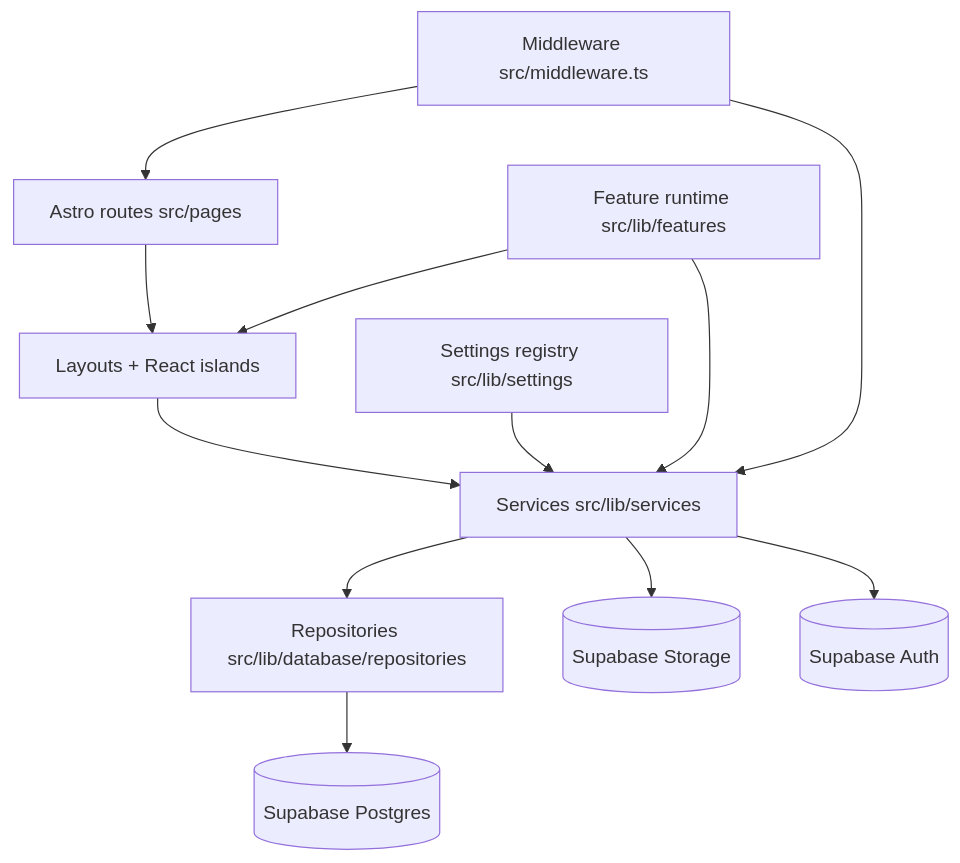
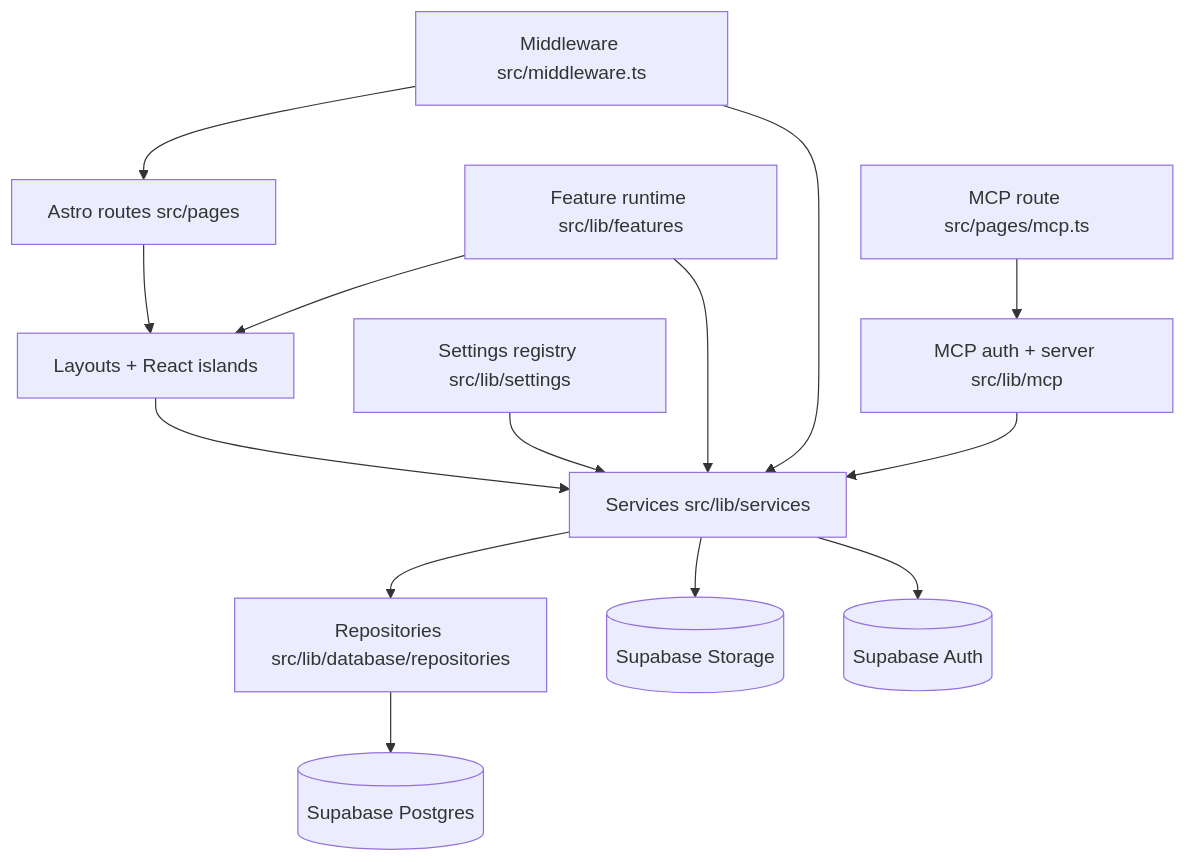
The diagram in docs/architecture/system-map.md (burconsult/adastro), drawn with Mermaid before and after one commit. The commit also changed other lines of this file and 3 other files, not shown here.

Commit message:
docs(architecture): refresh map and mcp boundary contracts

````diff
--- a/docs/architecture/system-map.md
+++ b/docs/architecture/system-map.md
@@ -17,16 +18,19 @@
 ```mermaid
 flowchart TD
   A[Astro routes src/pages] --> B[Layouts + React islands]
   B --> C[Services src/lib/services]
   C --> D[Repositories src/lib/database/repositories]
   D --> E[(Supabase Postgres)]
   C --> F[(Supabase Storage)]
   C --> G[(Supabase Auth)]
 
   H[Settings registry src/lib/settings] --> C
   I[Feature runtime src/lib/features] --> B
   I --> C
 
   J[Middleware src/middleware.ts] --> A
   J --> C
+
+  K[MCP route src/pages/mcp.ts] --> L[MCP auth + server src/lib/mcp]
+  L --> C
 ```
````
